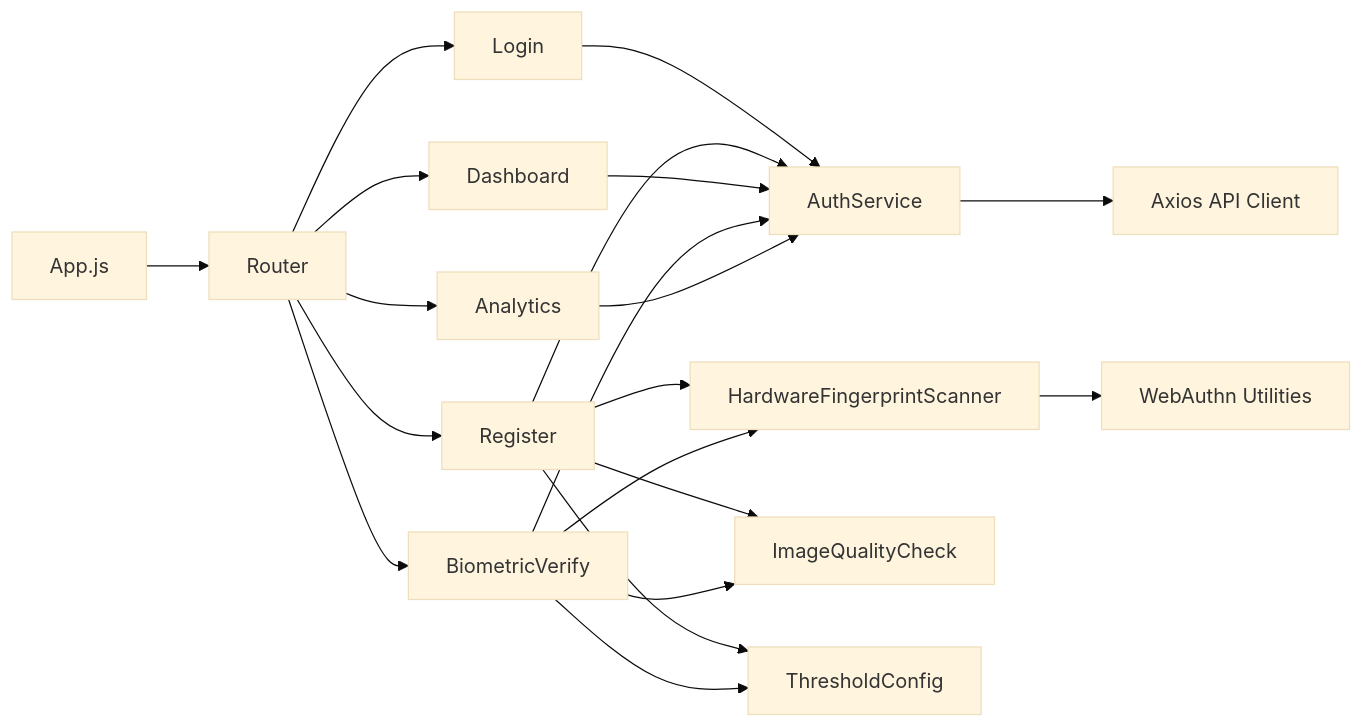
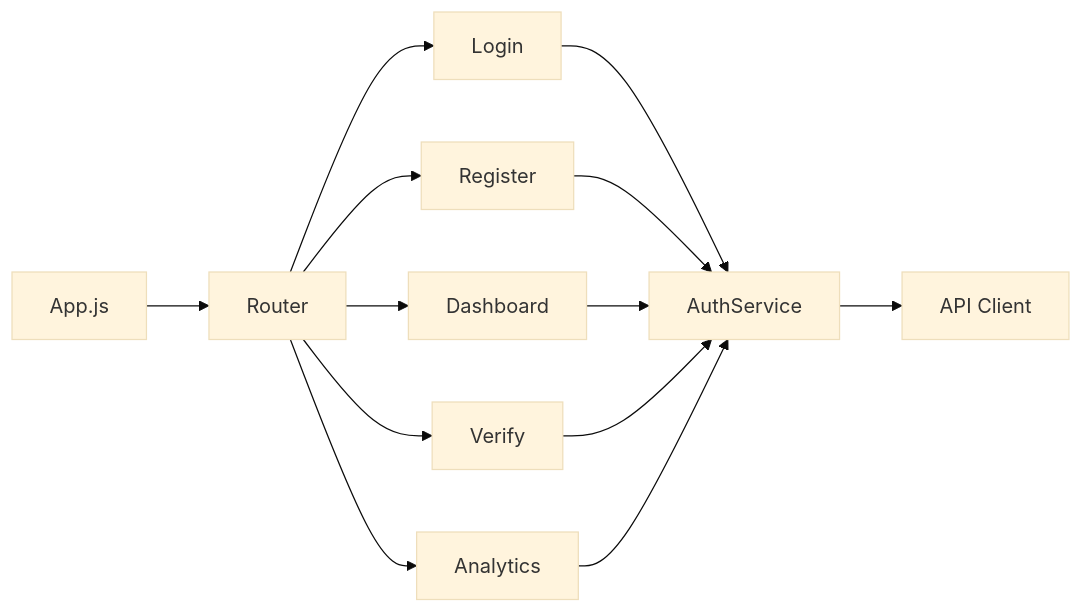
The second of 14 diagrams in ARCHITECTURE.md (BTech20/biometric-auth-system), drawn with Mermaid (base theme) before and after one commit. The commit also changed other lines of this file, not shown here.

First line of the commit message:
Simplify all Mermaid diagrams to basic GitHub-compatible syntax

````diff
--- a/ARCHITECTURE.md
+++ b/ARCHITECTURE.md
@@ -89,27 +68,15 @@
 ```mermaid
-graph LR
+flowchart LR
     A[App.js] --> B[Router]
     B --> C[Login]
     B --> D[Register]
     B --> E[Dashboard]
-    B --> F[BiometricVerify]
+    B --> F[Verify]
     B --> G[Analytics]
-    
     C --> H[AuthService]
     D --> H
     E --> H
     F --> H
     G --> H
-    
-    H --> I[Axios API Client]
-    
-    D --> J[HardwareFingerprintScanner]
-    D --> K[ImageQualityCheck]
-    D --> L[ThresholdConfig]
-    
-    F --> J
-    F --> K
-    F --> L
-    
-    J --> M[WebAuthn Utilities]
+    H --> I[API Client]
 ```
````
